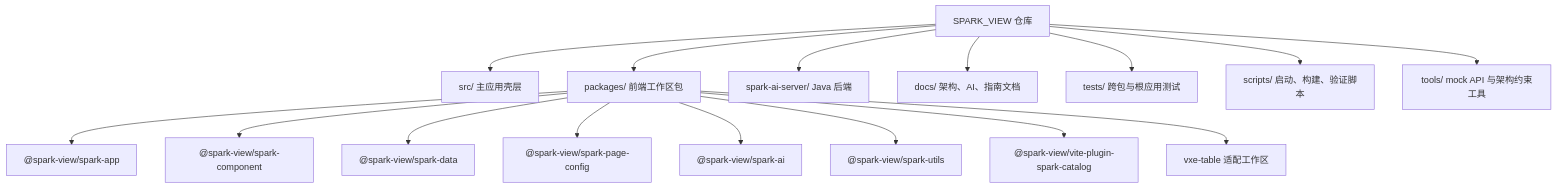
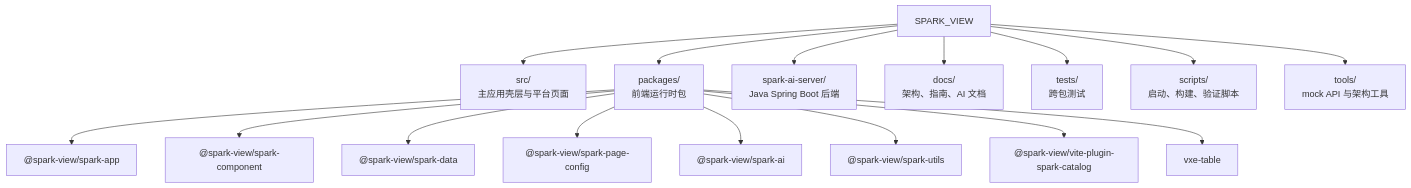
Before and after one commit to LMSpark/spark-view-vue: the second of 16 diagrams in docs/SPARK_VIEW_PROJECT_DEEP_DIVE_ZH.md, drawn with Mermaid. The commit also changed other lines of this file and 120 other files, not shown here.

First line of the commit message:
fix(spark-component): migrate legacy props.id and suppress FieldContextRenderer attr fallthrough

````diff
--- a/docs/SPARK_VIEW_PROJECT_DEEP_DIVE_ZH.md
+++ b/docs/SPARK_VIEW_PROJECT_DEEP_DIVE_ZH.md
@@ -26,20 +76,20 @@
 ```mermaid
 flowchart TB
-  Root["SPARK_VIEW 仓库"]
-  Root --> App["src/ 主应用壳层"]
-  Root --> Packages["packages/ 前端工作区包"]
-  Root --> Server["spark-ai-server/ Java 后端"]
-  Root --> Docs["docs/ 架构、AI、指南文档"]
-  Root --> Tests["tests/ 跨包与根应用测试"]
-  Root --> Scripts["scripts/ 启动、构建、验证脚本"]
-  Root --> Tools["tools/ mock API 与架构约束工具"]
+  Root["SPARK_VIEW"]
+  Root --> Src["src/<br/>主应用壳层与平台页面"]
+  Root --> Packages["packages/<br/>前端运行时包"]
+  Root --> Server["spark-ai-server/<br/>Java Spring Boot 后端"]
+  Root --> Docs["docs/<br/>架构、指南、AI 文档"]
+  Root --> Tests["tests/<br/>跨包测试"]
+  Root --> Scripts["scripts/<br/>启动、构建、验证脚本"]
+  Root --> Tools["tools/<br/>mock API 与架构工具"]
 
-  Packages --> SparkApp["@spark-view/spark-app"]
-  Packages --> SparkComponent["@spark-view/spark-component"]
-  Packages --> SparkData["@spark-view/spark-data"]
-  Packages --> SparkPageConfig["@spark-view/spark-page-config"]
-  Packages --> SparkAi["@spark-view/spark-ai"]
-  Packages --> SparkUtils["@spark-view/spark-utils"]
+  Packages --> App["@spark-view/spark-app"]
+  Packages --> Component["@spark-view/spark-component"]
+  Packages --> Data["@spark-view/spark-data"]
+  Packages --> PageConfig["@spark-view/spark-page-config"]
+  Packages --> Ai["@spark-view/spark-ai"]
+  Packages --> Utils["@spark-view/spark-utils"]
   Packages --> Catalog["@spark-view/vite-plugin-spark-catalog"]
-  Packages --> Vxe["vxe-table 适配工作区"]
+  Packages --> Vxe["vxe-table"]
 ```
````
